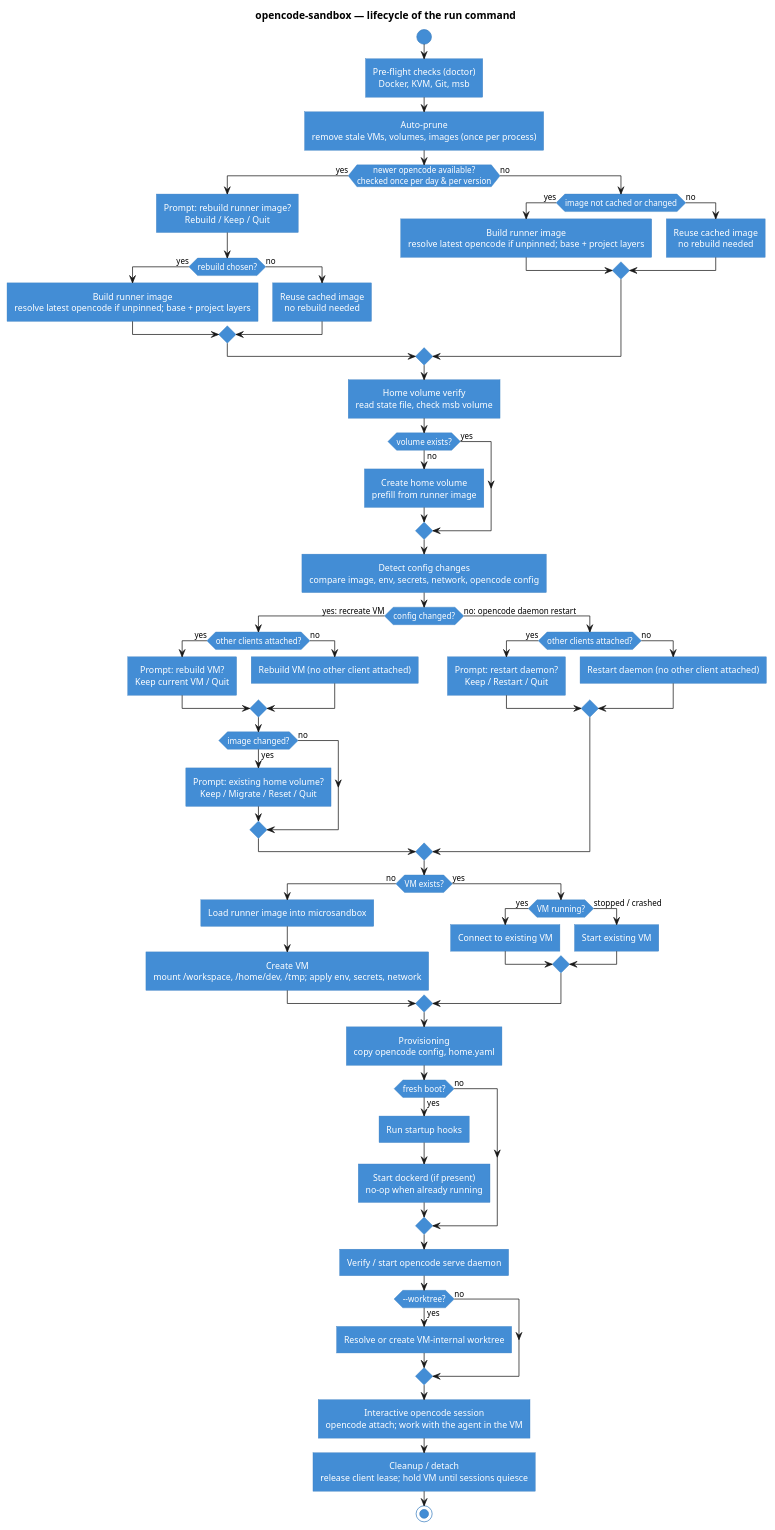
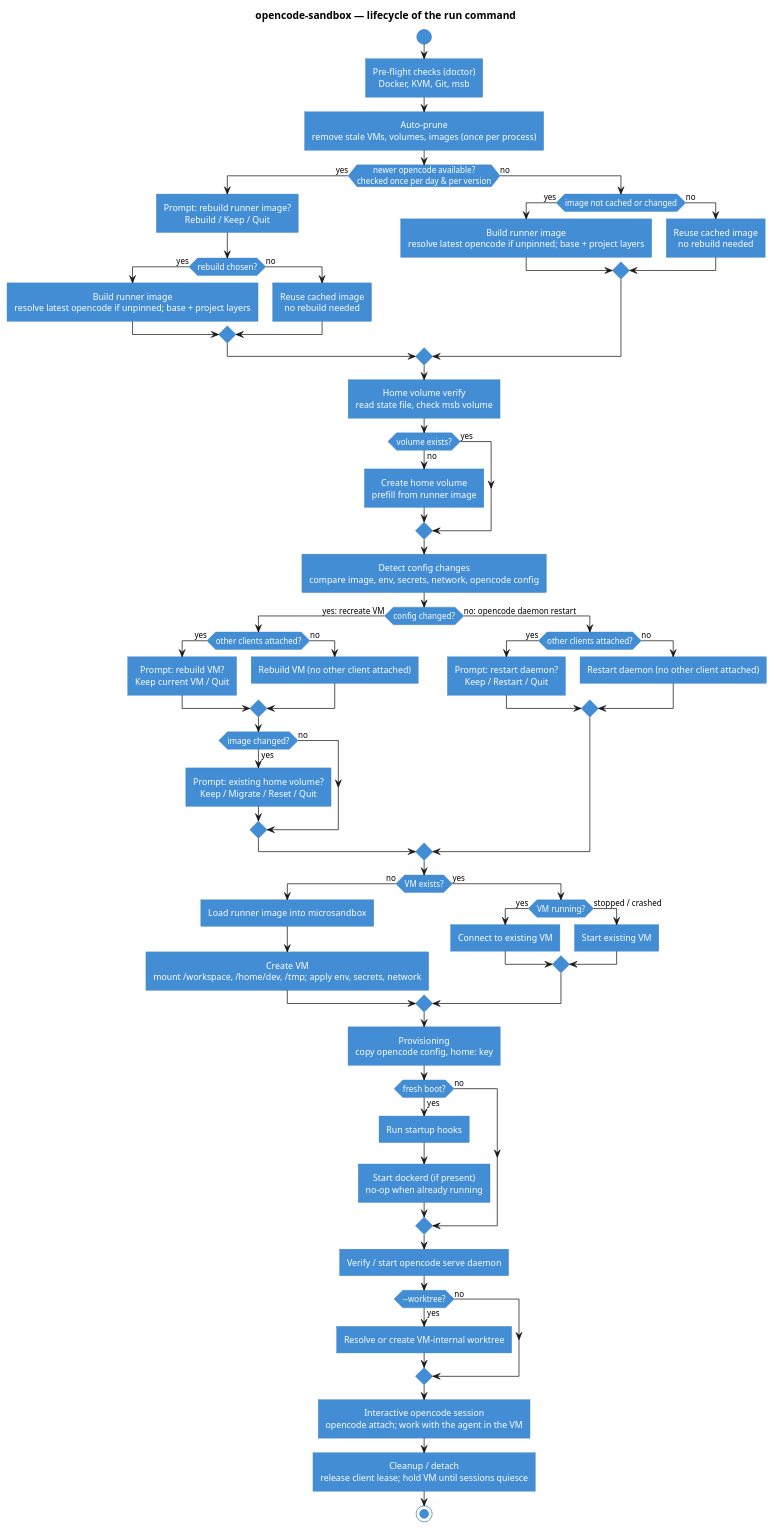
One commit to inoio/agents-sandbox changed the diagram in docs/diagrams/lifecycle.puml. Above: the diagram before and after it, drawn with PlantUML. The commit also changed 8 other files, not shown here.

Commit message:
docs: document folding home manifest into config home: key

```diff
--- a/docs/diagrams/lifecycle.puml
+++ b/docs/diagrams/lifecycle.puml
@@ -1,94 +1,94 @@
 @startuml
 skinparam defaultTextAlignment center
 skinparam roundCorner 0
 skinparam activityBackgroundColor #438DD5
 skinparam activityBorderColor #3C7FC0
 skinparam activityFontColor #FFF
 skinparam activityDiamondBackgroundColor #438DD5
 skinparam activityDiamondBorderColor #3C7FC0
 skinparam activityDiamondFontColor #FFF
 skinparam arrowColor #181818
 <style>
 activityDiagram {
   circle {
     LineColor #3C7FC0
     BackGroundColor #438DD5
   }
 }
 </style>
 ' opencode-sandbox — invocation lifecycle (from internal/sandbox/vm/run_orchestrate.go)
 title opencode-sandbox — lifecycle of the run command
 
 start
 :Pre-flight checks (doctor)\nDocker, KVM, Git, msb;
 :Auto-prune\nremove stale VMs, volumes, images (once per process);
 
 if (newer opencode available?\nchecked once per day & per version) then (yes)
     :Prompt: rebuild runner image?\nRebuild / Keep / Quit;
     if (rebuild chosen?) then (yes)
         :Build runner image\nresolve latest opencode if unpinned; base + project layers;
     else (no)
         :Reuse cached image\nno rebuild needed;
     endif
 else (no)
     if (image not cached or changed) then (yes)
         :Build runner image\nresolve latest opencode if unpinned; base + project layers;
     else (no)
         :Reuse cached image\nno rebuild needed;
     endif
 endif
 :Home volume verify\nread state file, check msb volume;
 if (volume exists?) then (no)
     :Create home volume\nprefill from runner image;
 else (yes)
 endif
 
 :Detect config changes\ncompare image, env, secrets, network, opencode config;
 if (config changed?) then (yes: recreate VM)
     if (other clients attached?) then (yes)
         :Prompt: rebuild VM?\nKeep current VM / Quit;
     else (no)
         :Rebuild VM (no other client attached);
     endif
     if (image changed?) then (yes)
         :Prompt: existing home volume?\nKeep / Migrate / Reset / Quit;
     else (no)
     endif
 else (no: opencode daemon restart)
     if (other clients attached?) then (yes)
         :Prompt: restart daemon?\nKeep / Restart / Quit;
     else (no)
         :Restart daemon (no other client attached);
     endif
 endif
 
 if (VM exists?) then (no)
     :Load runner image into microsandbox;
     :Create VM\nmount /workspace, /home/dev, /tmp; apply env, secrets, network;
 else (yes)
     if (VM running?) then (yes)
         :Connect to existing VM;
     else (stopped / crashed)
         :Start existing VM;
     endif
 endif
 
-:Provisioning\ncopy opencode config, home.yaml;
+:Provisioning\ncopy opencode config, home: key;
 if (fresh boot?) then (yes)
     :Run startup hooks;
     :Start dockerd (if present)\nno-op when already running;
 else (no)
 endif
 :Verify / start opencode serve daemon;
 
 if (--worktree?) then (yes)
     :Resolve or create VM-internal worktree;
 else (no)
 endif
 
 :Interactive opencode session\nopencode attach; work with the agent in the VM;
 
 :Cleanup / detach\nrelease client lease; hold VM until sessions quiesce;
 
 stop
 @enduml
```
